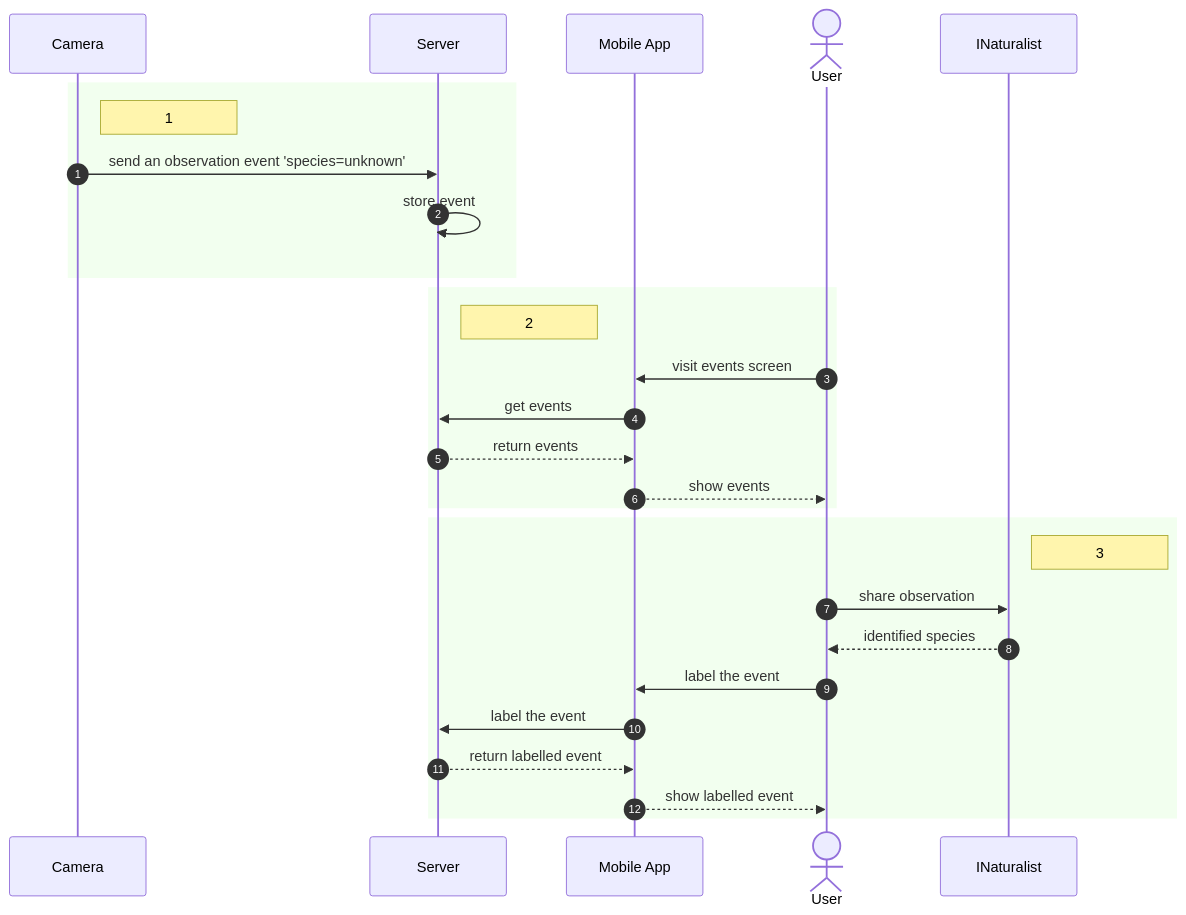
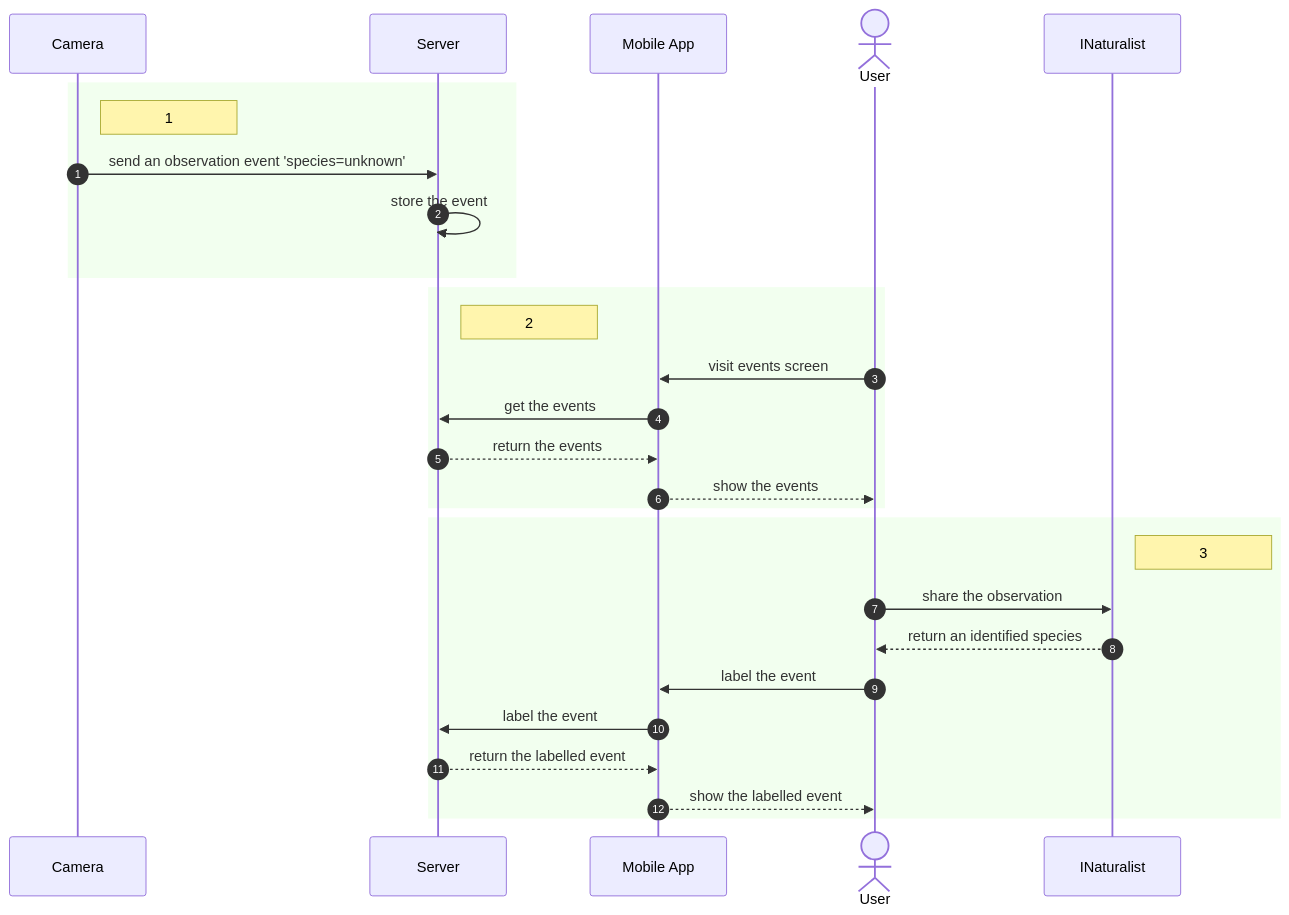
Before and after one commit to dscherbak/rapid-response-katas: the third of 4 diagrams in README.md, drawn with Mermaid. The commit also changed other lines of this file, not shown here.

````diff
--- a/README.md
+++ b/README.md
@@ -238,34 +238,34 @@
 ```mermaid
 sequenceDiagram
  
   participant cam as Camera
   participant serv as Server
   participant ui as Mobile App
   actor u as User
   participant nat as INaturalist
   autonumber
 
   rect rgba(128, 255, 100, 0.1)
     note right of cam: 1
     cam ->> serv: send an observation event 'species=unknown'
-    serv ->> serv: store event
+    serv ->> serv: store the event
   end
 
   rect rgba(128, 255, 100, 0.1)
     note right of serv: 2
     u ->> ui: visit events screen
-    ui ->> serv: get events
-    serv -->> ui: return events
-    ui -->> u: show events
+    ui ->> serv: get the events
+    serv -->> ui: return the events
+    ui -->> u: show the events
   end
 
   rect rgba(128, 255, 100, 0.1)
     note right of nat: 3
-    u ->> nat: share observation
-    nat -->> u: identified species
+    u ->> nat: share the observation
+    nat -->> u: return an identified species
     u ->> ui: label the event
     ui ->> serv: label the event
-    serv -->> ui: return labelled event
-    ui -->> u: show labelled event
+    serv -->> ui: return the labelled event
+    ui -->> u: show the labelled event
   end
 ```
````
